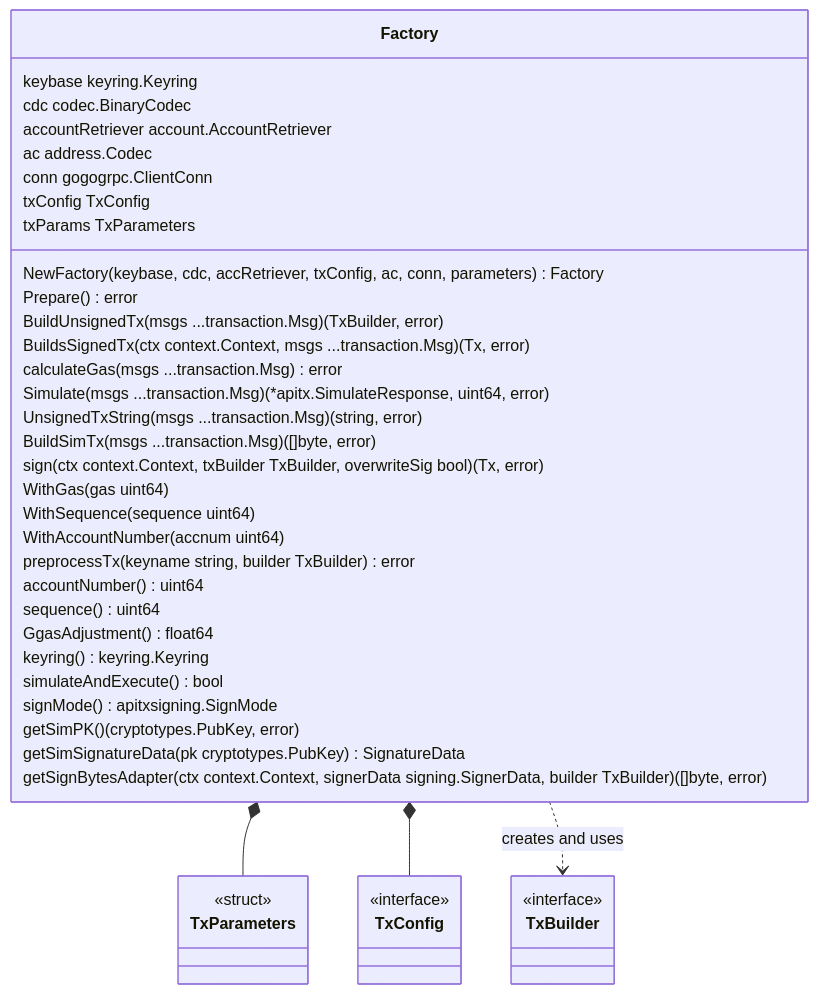
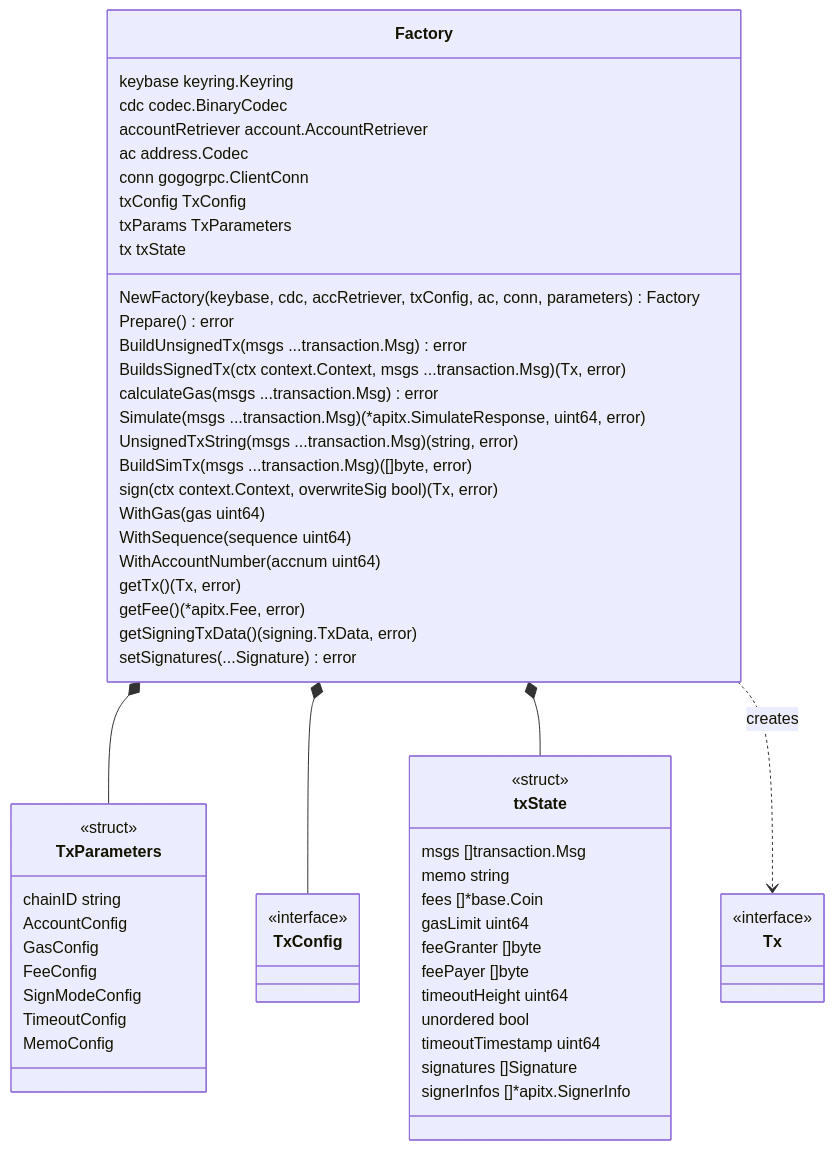
Before and after one commit to cosmos/cosmos-sdk: the third of 8 diagrams in client/v2/tx/README.md, drawn with Mermaid. The commit also changed other lines of this file and 6 other files, not shown here.

````diff
--- a/client/v2/tx/README.md
+++ b/client/v2/tx/README.md
@@ -185,51 +105,69 @@
 ```mermaid
 classDiagram
     class Factory {
         keybase keyring.Keyring
         cdc codec.BinaryCodec
         accountRetriever account.AccountRetriever
         ac address.Codec
         conn gogogrpc.ClientConn
         txConfig TxConfig
         txParams TxParameters
+        tx txState
 
         NewFactory(keybase, cdc, accRetriever, txConfig, ac, conn, parameters) Factory
         Prepare() error
-        BuildUnsignedTx(msgs ...transaction.Msg) (TxBuilder, error)
+        BuildUnsignedTx(msgs ...transaction.Msg) error
         BuildsSignedTx(ctx context.Context, msgs ...transaction.Msg) (Tx, error)
         calculateGas(msgs ...transaction.Msg) error
         Simulate(msgs ...transaction.Msg) (*apitx.SimulateResponse, uint64, error)
         UnsignedTxString(msgs ...transaction.Msg) (string, error)
         BuildSimTx(msgs ...transaction.Msg) ([]byte, error)
-        sign(ctx context.Context, txBuilder TxBuilder, overwriteSig bool) (Tx, error)
+        sign(ctx context.Context, overwriteSig bool) (Tx, error)
         WithGas(gas uint64)
         WithSequence(sequence uint64)
         WithAccountNumber(accnum uint64)
-        preprocessTx(keyname string, builder TxBuilder) error
-        accountNumber() uint64
-        sequence() uint64
-        GgasAdjustment() float64
-        keyring() keyring.Keyring
-        simulateAndExecute() bool
-        signMode() apitxsigning.SignMode
-        getSimPK() (cryptotypes.PubKey, error)
-        getSimSignatureData(pk cryptotypes.PubKey) SignatureData
-        getSignBytesAdapter(ctx context.Context, signerData signing.SignerData, builder TxBuilder) ([]byte, error)
+        getTx() (Tx, error)
+        getFee() (*apitx.Fee, error)
+        getSigningTxData() (signing.TxData, error)
+        setSignatures(...Signature) error
     }
 
     class TxParameters {
         <<struct>>
+        chainID string
+        AccountConfig
+        GasConfig
+        FeeConfig
+        SignModeConfig
+        TimeoutConfig
+        MemoConfig
     }
 
     class TxConfig {
         <<interface>>
     }
 
-    class TxBuilder {
+    class Tx {
         <<interface>>
+    }
+
+    class txState {
+        <<struct>>
+        msgs []transaction.Msg
+        memo string
+        fees []*base.Coin
+        gasLimit uint64
+        feeGranter []byte
+        feePayer []byte
+        timeoutHeight uint64
+        unordered bool
+        timeoutTimestamp uint64
+        signatures []Signature
+        signerInfos []*apitx.SignerInfo
     }
 
     Factory *-- TxParameters
     Factory *-- TxConfig
-    Factory ..> TxBuilder : creates and uses
+    Factory *-- txState
+    Factory ..> Tx : creates
 ```
````
